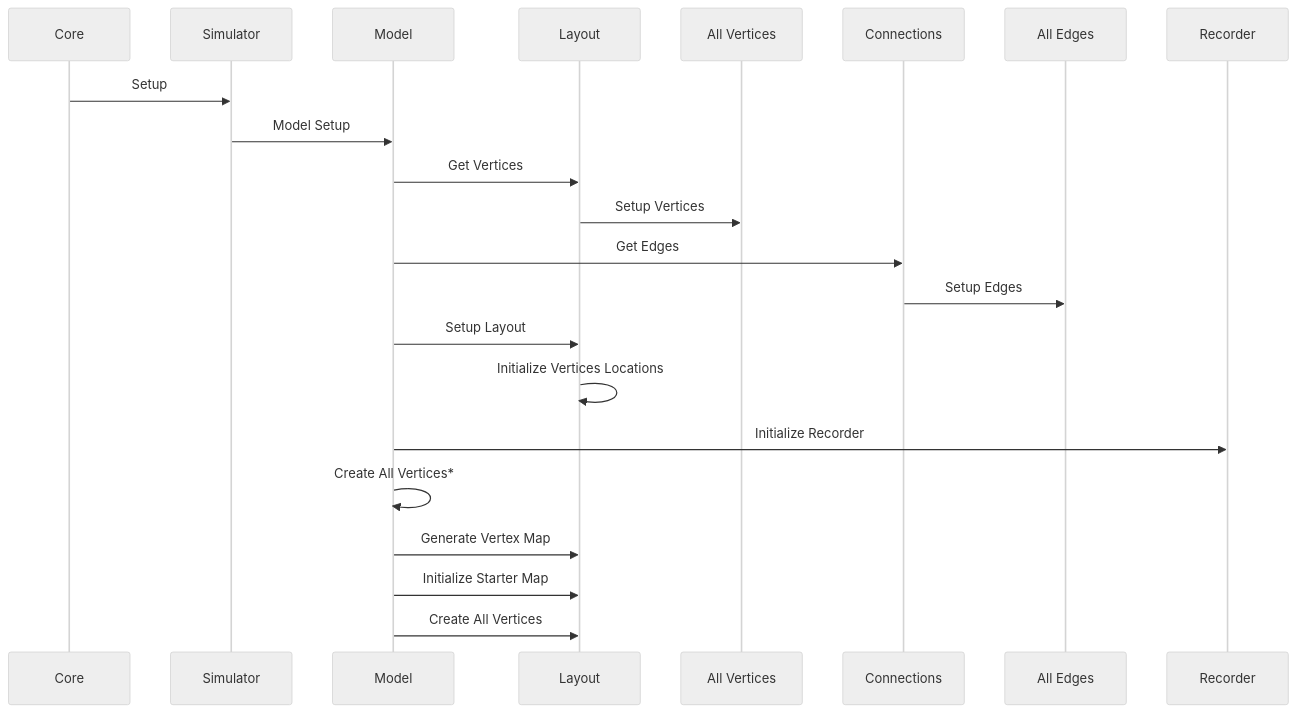
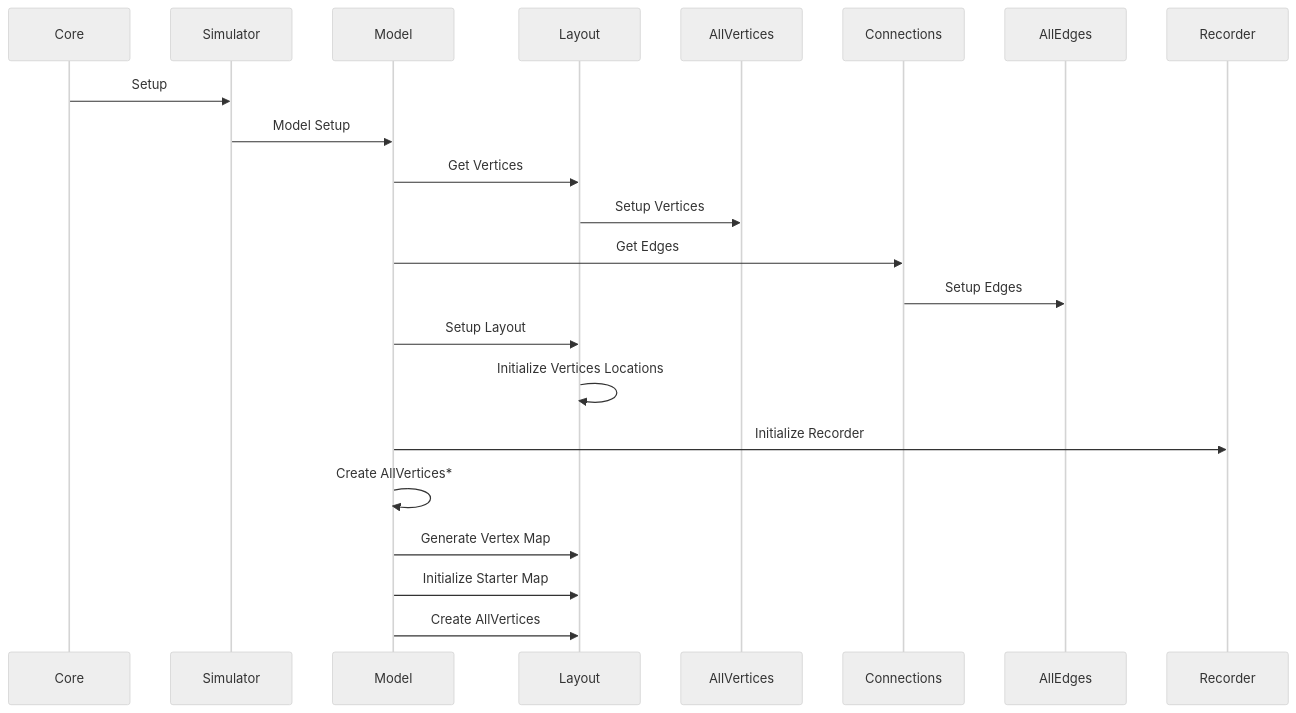
The third of 5 diagrams in docs/Developer/sequenceDiagrams.md (UWB-Biocomputing/Graphitti), drawn with Mermaid (neutral theme) before and after one commit. The commit also changed other lines of this file and 3 other files, not shown here.

````diff
--- a/docs/Developer/sequenceDiagrams.md
+++ b/docs/Developer/sequenceDiagrams.md
@@ -100,25 +100,25 @@
 ```mermaid
 sequenceDiagram
     participant Core
     participant Simulator
     participant Model
     participant Layout
-    participant All Vertices
+    participant AllVertices
     participant Connections
-    participant All Edges
+    participant AllEdges
     participant Recorder
 
     Core->>Simulator: Setup 
     Simulator->>Model: Model Setup
     Model->>Layout: Get Vertices 
-    Layout->>All Vertices: Setup Vertices
+    Layout->>AllVertices: Setup Vertices
     Model->>Connections: Get Edges
-    Connections->>All Edges: Setup Edges
+    Connections->>AllEdges: Setup Edges
     Model->>Layout: Setup Layout
     Layout->>Layout: Initialize Vertices Locations
     Model->>Recorder: Initialize Recorder 
-    Model->>Model: Create All Vertices*
+    Model->>Model: Create AllVertices*
     Model->>Layout: Generate Vertex Map 
     Model->>Layout: Initialize Starter Map 
-    Model->>Layout: Create All Vertices
+    Model->>Layout: Create AllVertices
 ```
````
